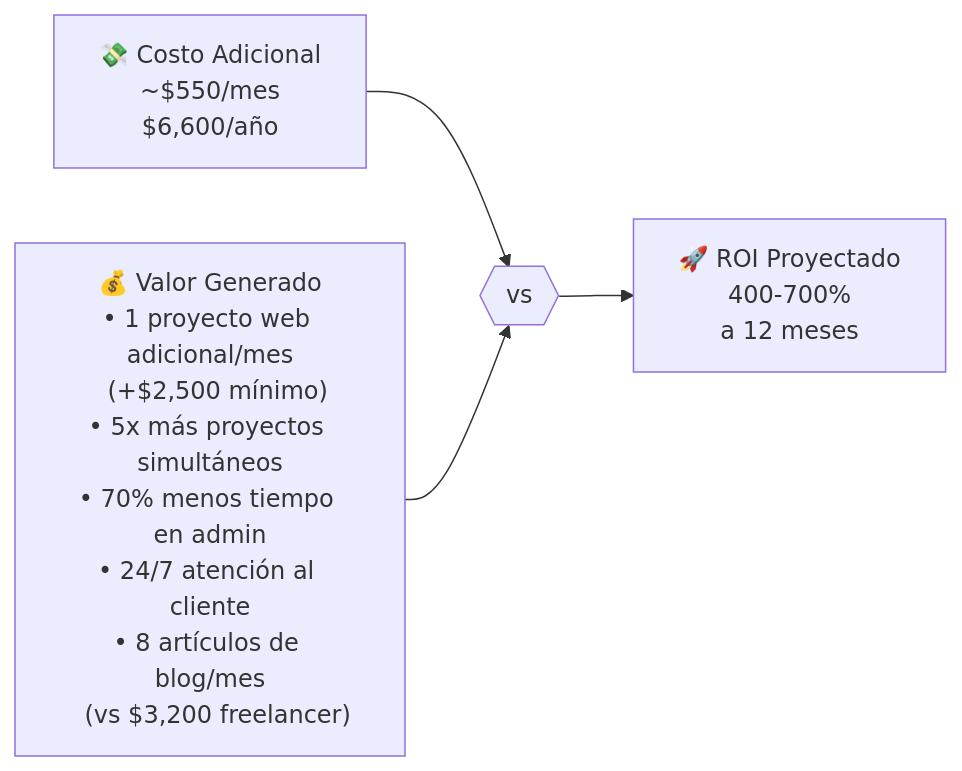
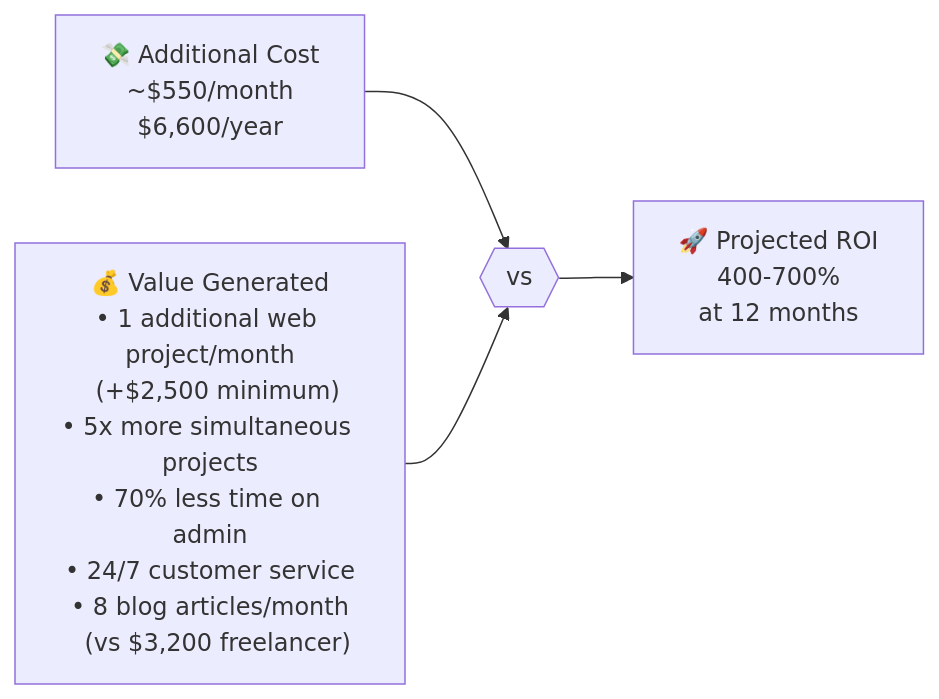
The diagram in documentation/09-budget/estimated-costs.md (nissienterprise/nissi-openclaw-vps), drawn with Mermaid before and after one commit. The commit also changed other lines of this file and 46 other files, not shown here.

````diff
--- a/documentation/09-budget/estimated-costs.md
+++ b/documentation/09-budget/estimated-costs.md
@@ -26,8 +26,8 @@
 ```mermaid
 flowchart LR
-    COSTO["💸 Costo Adicional\n~$550/mes\n$6,600/año"] --> VS{{"vs"}}
+    COSTO["💸 Additional Cost\n~$550/month\n$6,600/year"] --> VS{{"vs"}}
     
-    GANANCIA["💰 Valor Generado\n• 1 proyecto web adicional/mes\n  (+$2,500 mínimo)\n• 5x más proyectos simultáneos\n• 70% menos tiempo en admin\n• 24/7 atención al cliente\n• 8 artículos de blog/mes\n  (vs $3,200 freelancer)"] --> VS
+    GANANCIA["💰 Value Generated\n• 1 additional web project/month\n  (+$2,500 minimum)\n• 5x more simultaneous projects\n• 70% less time on admin\n• 24/7 customer service\n• 8 blog articles/month\n  (vs $3,200 freelancer)"] --> VS
     
-    VS --> ROI["🚀 ROI Proyectado\n400-700%\na 12 meses"]
+    VS --> ROI["🚀 Projected ROI\n400-700%\nat 12 months"]
 ```
````
